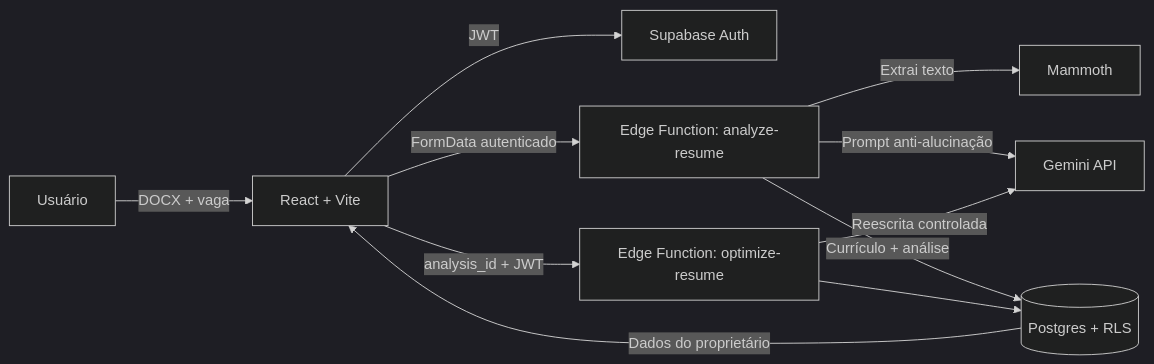
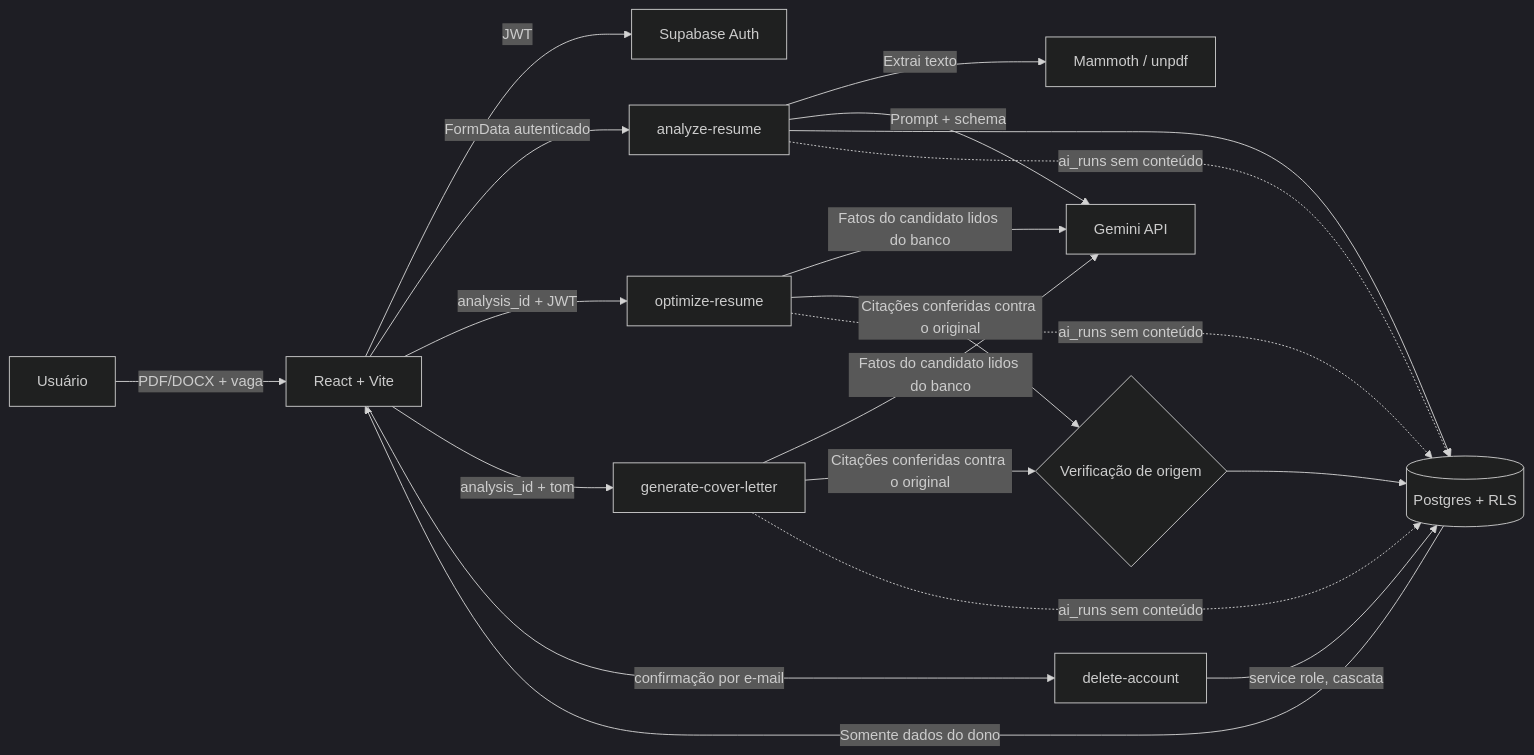
The diagram in README.md (matheusesdev/matchly), drawn with Mermaid (dark theme) before and after one commit. The commit also changed other lines of this file, not shown here.

Commit message:
docs: README reflete o produto atual (PDF, carta, origem das frases, LGPD, CI, métricas)

````diff
--- a/README.md
+++ b/README.md
@@ -72,13 +85,18 @@
 ```mermaid
 flowchart LR
-    U[Usuário] -->|DOCX + vaga| W[React + Vite]
+    U[Usuário] -->|PDF/DOCX + vaga| W[React + Vite]
     W -->|JWT| A[Supabase Auth]
-    W -->|FormData autenticado| F1[Edge Function: analyze-resume]
-    F1 -->|Extrai texto| M[Mammoth]
-    F1 -->|Prompt anti-alucinação| G[Gemini API]
-    F1 -->|Currículo + análise| DB[(Postgres + RLS)]
-    W -->|analysis_id + JWT| F2[Edge Function: optimize-resume]
-    F2 --> DB
-    F2 -->|Reescrita controlada| G
-    DB -->|Dados do proprietário| W
+    W -->|FormData autenticado| F1[analyze-resume]
+    F1 -->|Extrai texto| P[Mammoth / unpdf]
+    F1 -->|Prompt + schema| G[Gemini API]
+    F1 --> DB[(Postgres + RLS)]
+    W -->|analysis_id + JWT| F2[optimize-resume]
+    W -->|analysis_id + tom| F3[generate-cover-letter]
+    F2 & F3 -->|Fatos do candidato lidos do banco| G
+    F2 & F3 -->|Citações conferidas contra o original| V{Verificação de origem}
+    V --> DB
+    W -->|confirmação por e-mail| F4[delete-account]
+    F4 -->|service role, cascata| DB
+    F1 & F2 & F3 -.->|ai_runs sem conteúdo| DB
+    DB -->|Somente dados do dono| W
 ```
````
